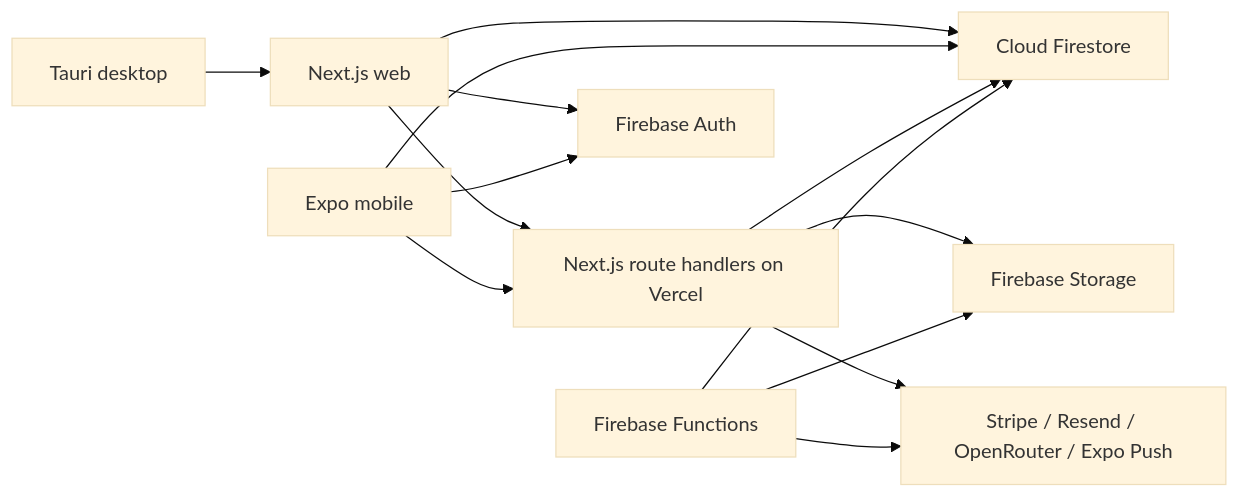
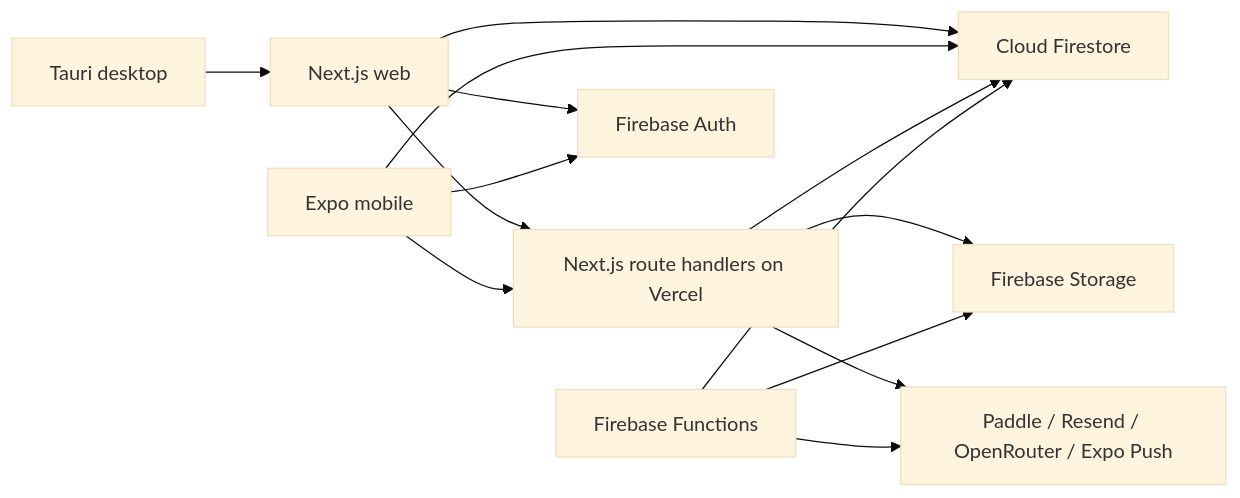
The diagram in docs/ARCHITECTURE.md (fise13/autocore-web), drawn with Mermaid (base theme) before and after one commit. The commit also changed other lines of this file and 104 other files, not shown here.

````diff
--- a/docs/ARCHITECTURE.md
+++ b/docs/ARCHITECTURE.md
@@ -7,26 +7,26 @@
 ```mermaid
 flowchart LR
   Web[Next.js web]
   Mobile[Expo mobile]
   Desktop[Tauri desktop]
   API[Next.js route handlers on Vercel]
   Functions[Firebase Functions]
   Auth[Firebase Auth]
   Firestore[Cloud Firestore]
   Storage[Firebase Storage]
-  External[Stripe / Resend / OpenRouter / Expo Push]
+  External[Paddle / Resend / OpenRouter / Expo Push]
 
   Desktop --> Web
   Web --> Auth
   Mobile --> Auth
   Web --> Firestore
   Mobile --> Firestore
   Web --> API
   Mobile --> API
   API --> Firestore
   API --> Storage
   API --> External
   Functions --> Firestore
   Functions --> Storage
   Functions --> External
 ```
````
